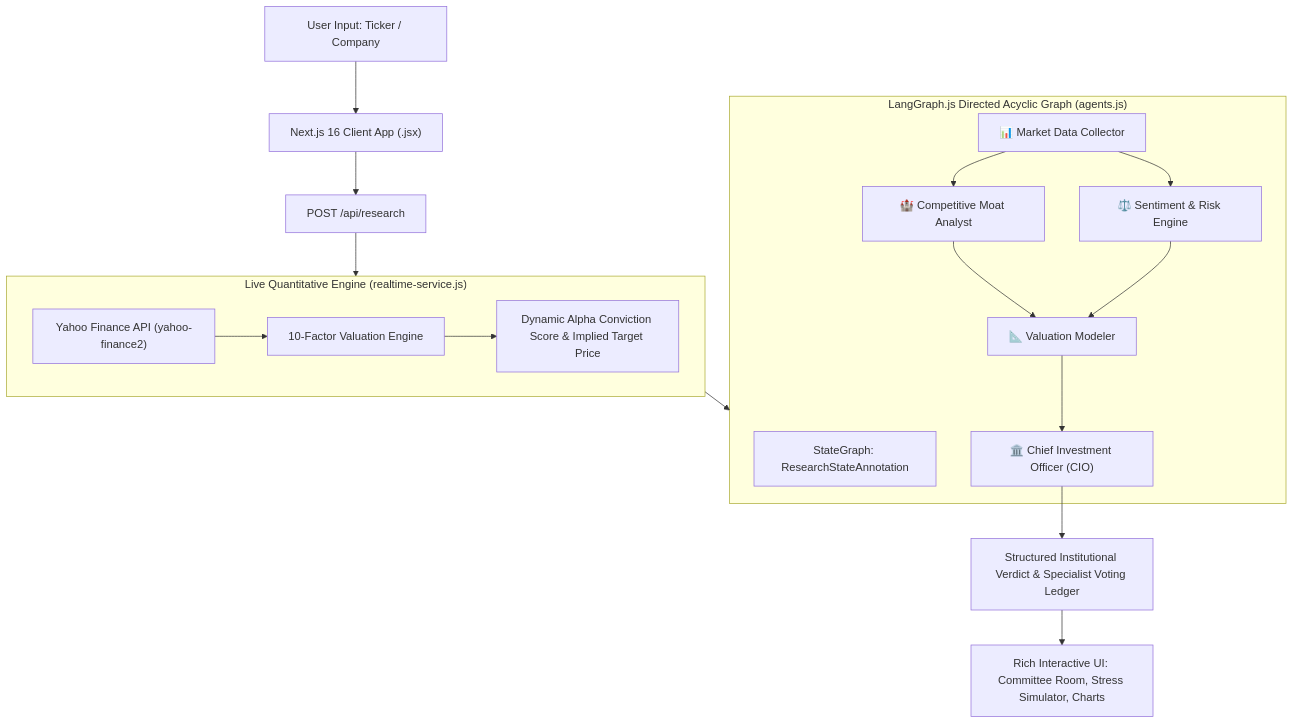
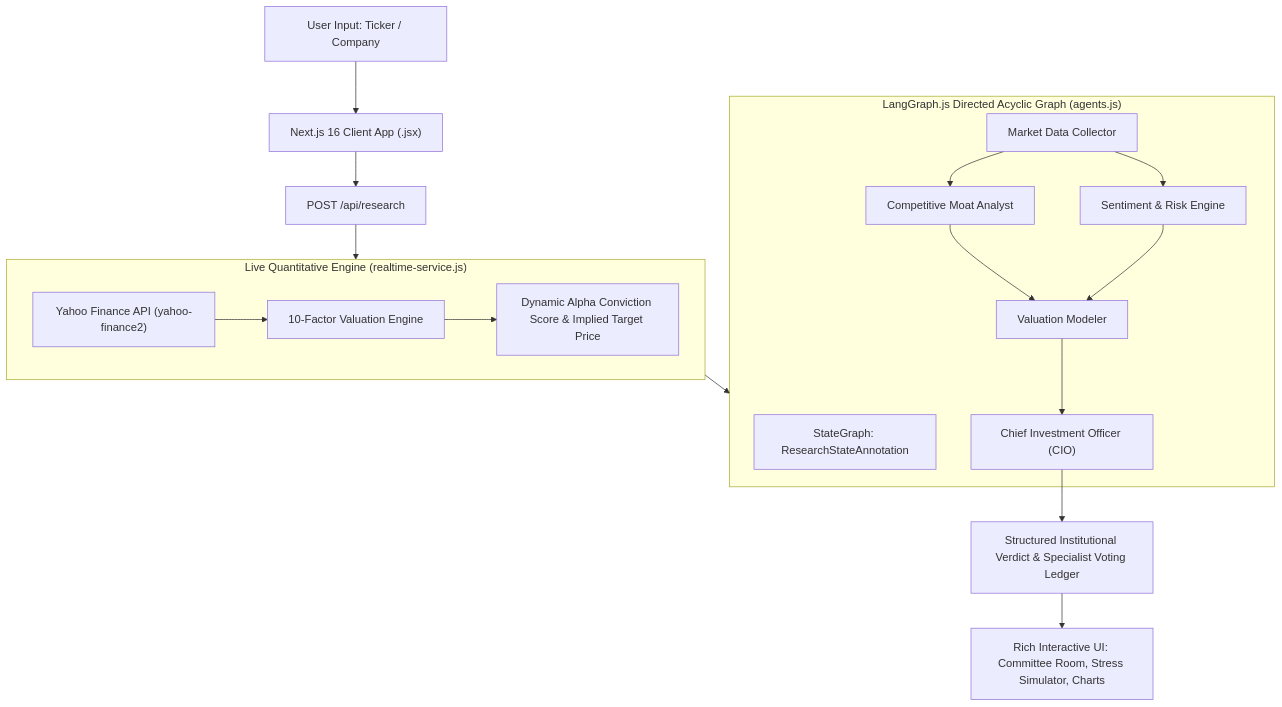
Before and after one commit to Puneesh150605/InsideIIM: the diagram in README.md, drawn with Mermaid. The commit also changed other lines of this file and 5 other files, not shown here.

````diff
--- a/README.md
+++ b/README.md
@@ -78,24 +78,24 @@
 ```mermaid
 graph TD
     User["User Input: Ticker / Company"] --> UI["Next.js 16 Client App (.jsx)"]
     UI --> API["POST /api/research"]
     
     subgraph QuantEngine ["Live Quantitative Engine (realtime-service.js)"]
         Yahoo["Yahoo Finance API (yahoo-finance2)"] --> Metrics["10-Factor Valuation Engine"]
         Metrics --> Conviction["Dynamic Alpha Conviction Score & Implied Target Price"]
     end
     
     subgraph LangGraph ["LangGraph.js Directed Acyclic Graph (agents.js)"]
         State["StateGraph: ResearchStateAnnotation"]
-        Node1["📊 Market Data Collector"] --> Node2["🏰 Competitive Moat Analyst"]
-        Node1 --> Node3["⚖️ Sentiment & Risk Engine"]
-        Node2 --> Node4["📐 Valuation Modeler"]
+        Node1["Market Data Collector"] --> Node2["Competitive Moat Analyst"]
+        Node1 --> Node3["Sentiment & Risk Engine"]
+        Node2 --> Node4["Valuation Modeler"]
         Node3 --> Node4
-        Node4 --> Node5["🏛️ Chief Investment Officer (CIO)"]
+        Node4 --> Node5["Chief Investment Officer (CIO)"]
     end
     
     API --> QuantEngine
     QuantEngine --> LangGraph
     Node5 --> Output["Structured Institutional Verdict & Specialist Voting Ledger"]
     Output --> Dashboard["Rich Interactive UI: Committee Room, Stress Simulator, Charts"]
 ```
````
